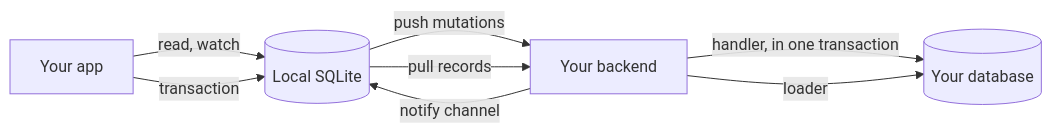
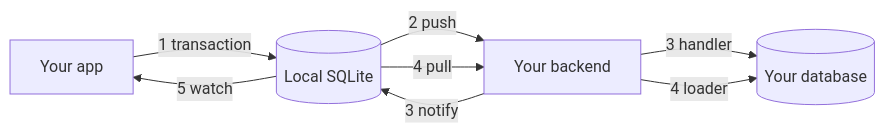
The diagram in README.md (steve-z-wang/ahead), drawn with Mermaid before and after one commit. The commit also changed other lines of this file, not shown here.

Commit message:
README: number the sync flow

````diff
--- a/README.md
+++ b/README.md
@@ -109,10 +109,10 @@
 ```mermaid
 flowchart LR
-  App[Your app] -- read, watch --> Local[(Local SQLite)]
-  App -- transaction --> Local
-  Local -- push mutations --> Backend[Your backend]
-  Backend -- handler, in one transaction --> DB[(Your database)]
-  Backend -- notify channel --> Local
-  Local -- pull records --> Backend
-  Backend -- loader --> DB
+  App[Your app] -- 1 transaction --> Local[(Local SQLite)]
+  Local -- 2 push --> Backend[Your backend]
+  Backend -- 3 handler --> DB[(Your database)]
+  Backend -- 3 notify --> Local
+  Local -- 4 pull --> Backend
+  Backend -- 4 loader --> DB
+  Local -- 5 watch --> App
 ```
````
